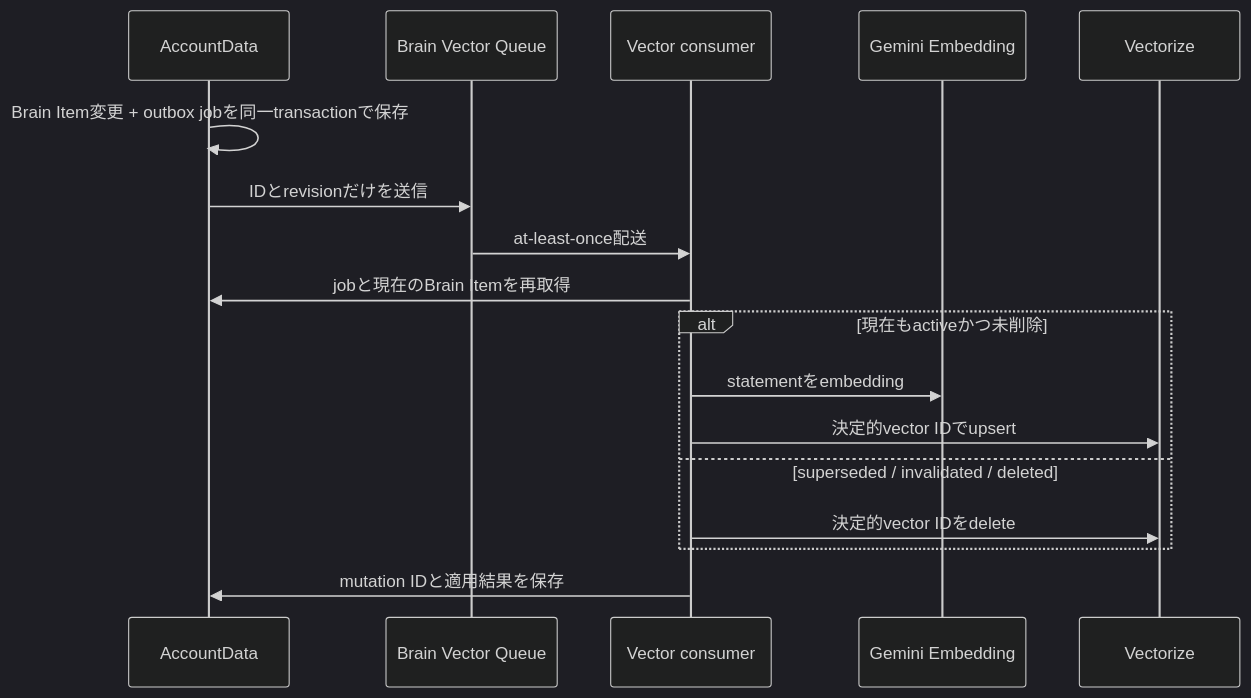
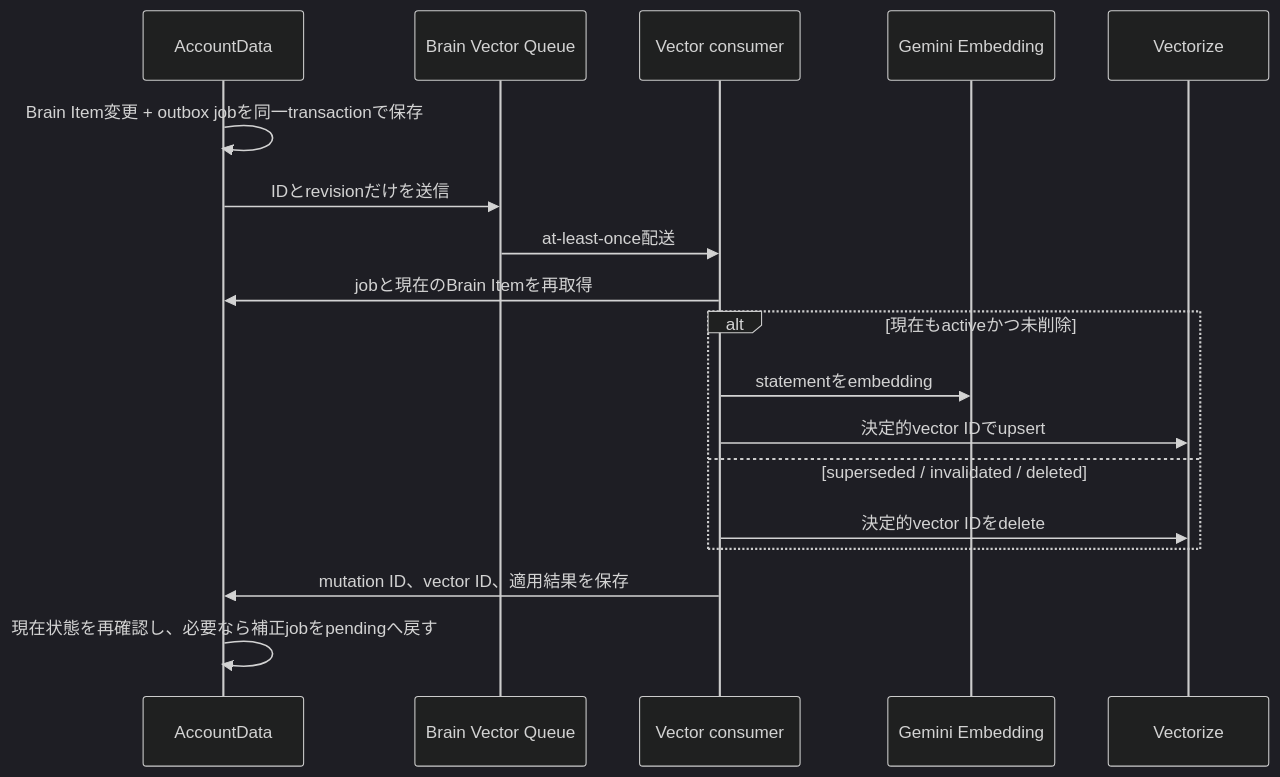
The sixth of 9 diagrams in docs/architecture/diary-chat-implementation-design.md (kkyosuke/me-builder), drawn with Mermaid (dark theme) before and after one commit. The commit also changed other lines of this file and 23 other files, not shown here.

````diff
--- a/docs/architecture/diary-chat-implementation-design.md
+++ b/docs/architecture/diary-chat-implementation-design.md
@@ -333,19 +335,20 @@
 ```mermaid
 sequenceDiagram
     participant AD as AccountData
     participant Q as Brain Vector Queue
     participant C as Vector consumer
     participant G as Gemini Embedding
     participant V as Vectorize
     AD->>AD: Brain Item変更 + outbox jobを同一transactionで保存
     AD->>Q: IDとrevisionだけを送信
     Q->>C: at-least-once配送
     C->>AD: jobと現在のBrain Itemを再取得
     alt 現在もactiveかつ未削除
         C->>G: statementをembedding
         C->>V: 決定的vector IDでupsert
     else superseded / invalidated / deleted
         C->>V: 決定的vector IDをdelete
     end
-    C->>AD: mutation IDと適用結果を保存
+    C->>AD: mutation ID、vector ID、適用結果を保存
+    AD->>AD: 現在状態を再確認し、必要なら補正jobをpendingへ戻す
 ```
````
